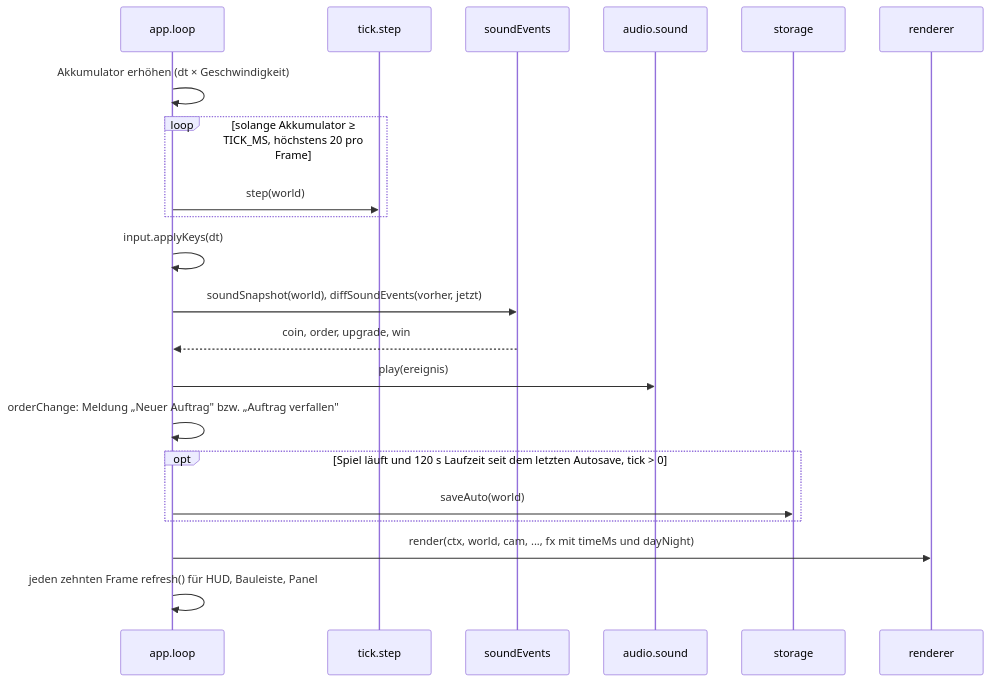
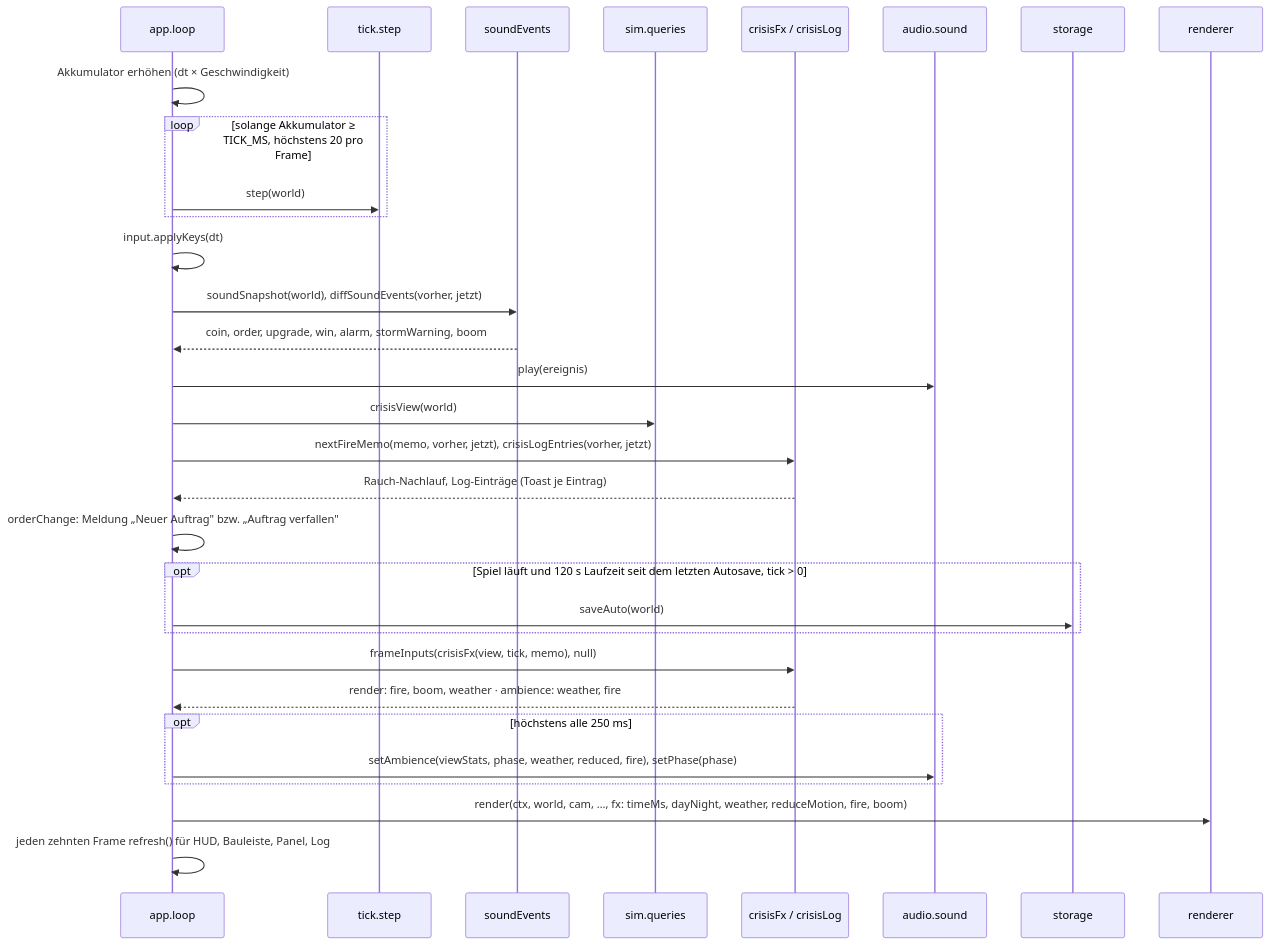
The third of 8 diagrams in docs/arc42.md (konstantinniedermann/Inselreich), drawn with Mermaid before and after one commit. The commit also changed other lines of this file and 2 other files, not shown here.

First line of the commit message:
docs: D1 M7 arc42, README und CLAUDE.md nachgeführt

````diff
--- a/docs/arc42.md
+++ b/docs/arc42.md
@@ -193,23 +240,33 @@
 ```mermaid
 sequenceDiagram
   participant GL as app.loop
   participant Tick as tick.step
   participant SE as soundEvents
+  participant Q as sim.queries
+  participant CF as crisisFx / crisisLog
   participant Snd as audio.sound
   participant St as storage
   participant Ren as renderer
   GL->>GL: Akkumulator erhöhen (dt × Geschwindigkeit)
   loop solange Akkumulator ≥ TICK_MS, höchstens 20 pro Frame
     GL->>Tick: step(world)
   end
   GL->>GL: input.applyKeys(dt)
   GL->>SE: soundSnapshot(world), diffSoundEvents(vorher, jetzt)
-  SE-->>GL: coin, order, upgrade, win
+  SE-->>GL: coin, order, upgrade, win, alarm, stormWarning, boom
   GL->>Snd: play(ereignis)
+  GL->>Q: crisisView(world)
+  GL->>CF: nextFireMemo(memo, vorher, jetzt), crisisLogEntries(vorher, jetzt)
+  CF-->>GL: Rauch-Nachlauf, Log-Einträge (Toast je Eintrag)
   GL->>GL: orderChange: Meldung „Neuer Auftrag" bzw. „Auftrag verfallen"
   opt Spiel läuft und 120 s Laufzeit seit dem letzten Autosave, tick > 0
     GL->>St: saveAuto(world)
   end
-  GL->>Ren: render(ctx, world, cam, ..., fx mit timeMs und dayNight)
-  GL->>GL: jeden zehnten Frame refresh() für HUD, Bauleiste, Panel
+  GL->>CF: frameInputs(crisisFx(view, tick, memo), null)
+  CF-->>GL: render: fire, boom, weather · ambience: weather, fire
+  opt höchstens alle 250 ms
+    GL->>Snd: setAmbience(viewStats, phase, weather, reduced, fire), setPhase(phase)
+  end
+  GL->>Ren: render(ctx, world, cam, …, fx: timeMs, dayNight, weather, reduceMotion, fire, boom)
+  GL->>GL: jeden zehnten Frame refresh() für HUD, Bauleiste, Panel, Log
 ```
````
